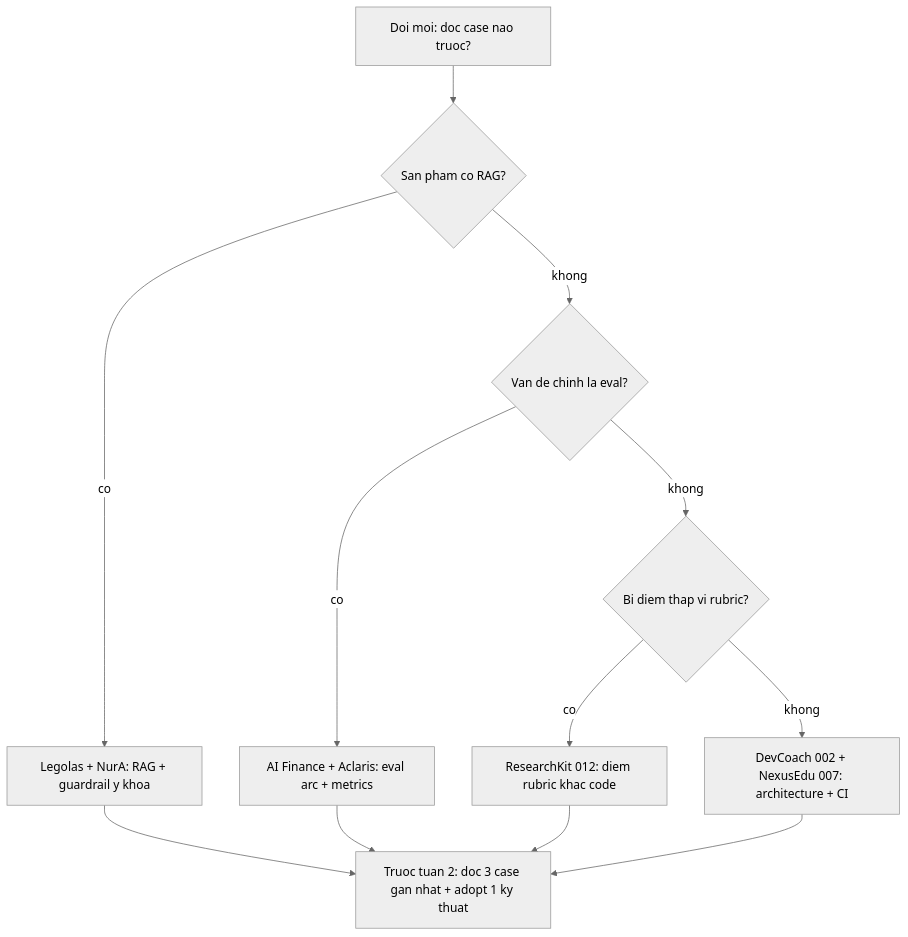
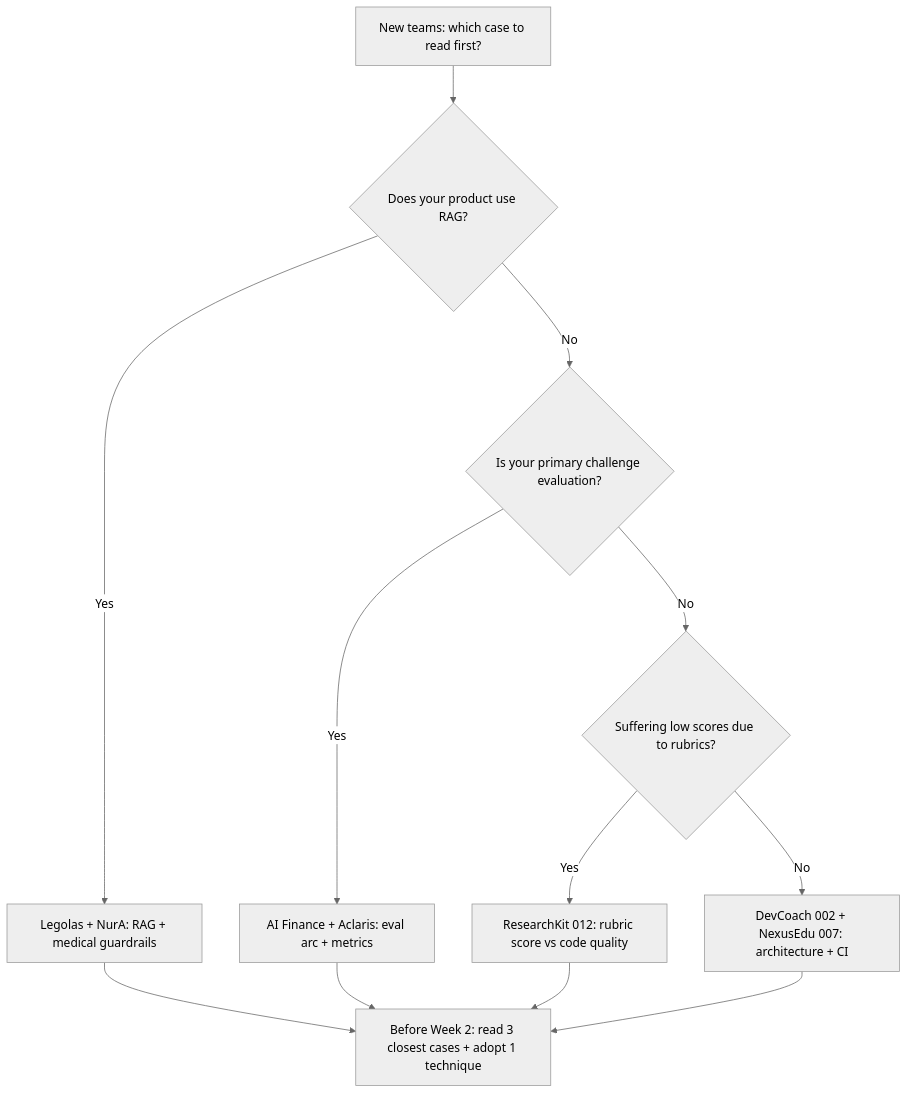
Before and after one commit to Dokhacgiakhoa/Project-Builder-4-Agents: the diagram in knowledge-base/technical-book/chapter-14.md, drawn with Mermaid (neutral theme). The commit also changed other lines of this file and 62 other files, not shown here.

````diff
--- a/knowledge-base/technical-book/chapter-14.md
+++ b/knowledge-base/technical-book/chapter-14.md
@@ -298,14 +298,14 @@
 ```mermaid
 flowchart TD
-    START[Doi moi: doc case nao truoc?] --> Q1{San pham co RAG?}
-    Q1 -->|co| RAG[Legolas + NurA: RAG + guardrail y khoa]
-    Q1 -->|khong| Q2{Van de chinh la eval?}
-    Q2 -->|co| EV[AI Finance + Aclaris: eval arc + metrics]
-    Q2 -->|khong| Q3{Bi diem thap vi rubric?}
-    Q3 -->|co| RK[ResearchKit 012: diem rubric khac code]
-    Q3 -->|khong| DL[DevCoach 002 + NexusEdu 007: architecture + CI]
-    RAG --> WEEK2[Truoc tuan 2: doc 3 case gan nhat + adopt 1 ky thuat]
+    START[New teams: which case to read first?] --> Q1{Does your product use RAG?}
+    Q1 -->|Yes| RAG[Legolas + NurA: RAG + medical guardrails]
+    Q1 -->|No| Q2{Is your primary challenge evaluation?}
+    Q2 -->|Yes| EV[AI Finance + Aclaris: eval arc + metrics]
+    Q2 -->|No| Q3{Suffering low scores due to rubrics?}
+    Q3 -->|Yes| RK[ResearchKit 012: rubric score vs code quality]
+    Q3 -->|No| DL[DevCoach 002 + NexusEdu 007: architecture + CI]
+    RAG --> WEEK2[Before Week 2: read 3 closest cases + adopt 1 technique]
     EV --> WEEK2
     RK --> WEEK2
     DL --> WEEK2
 ```
````
